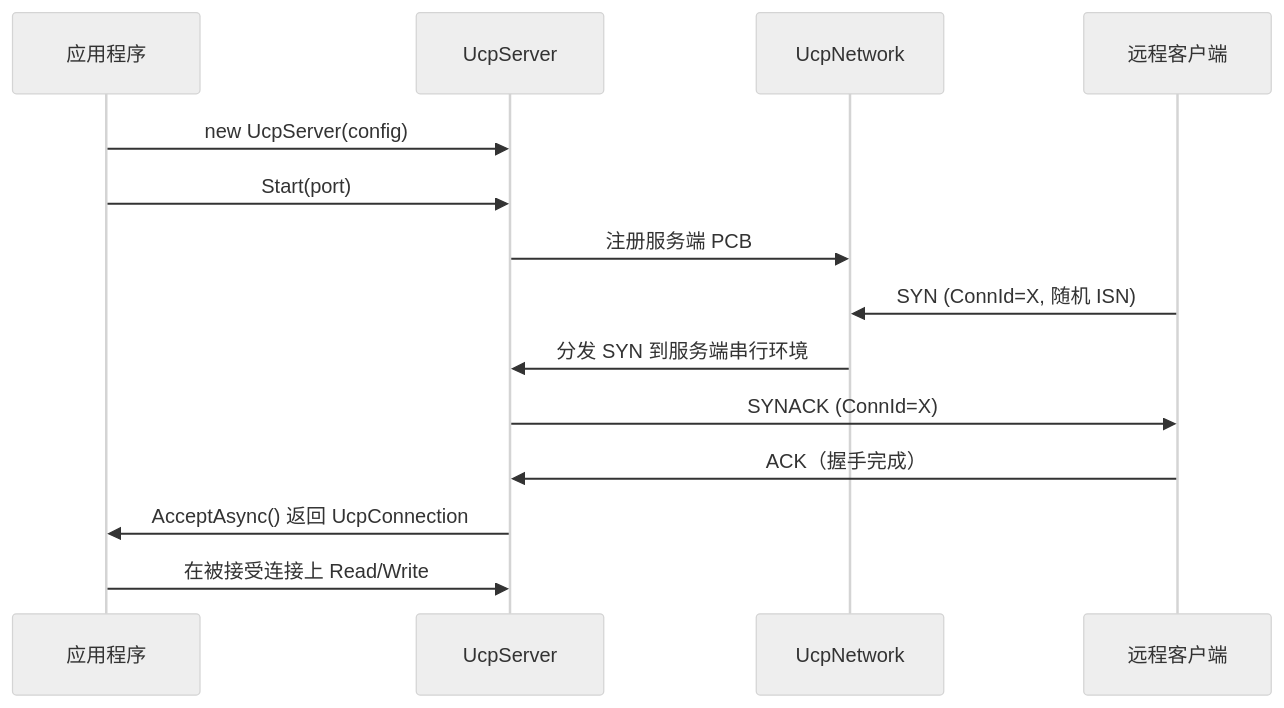
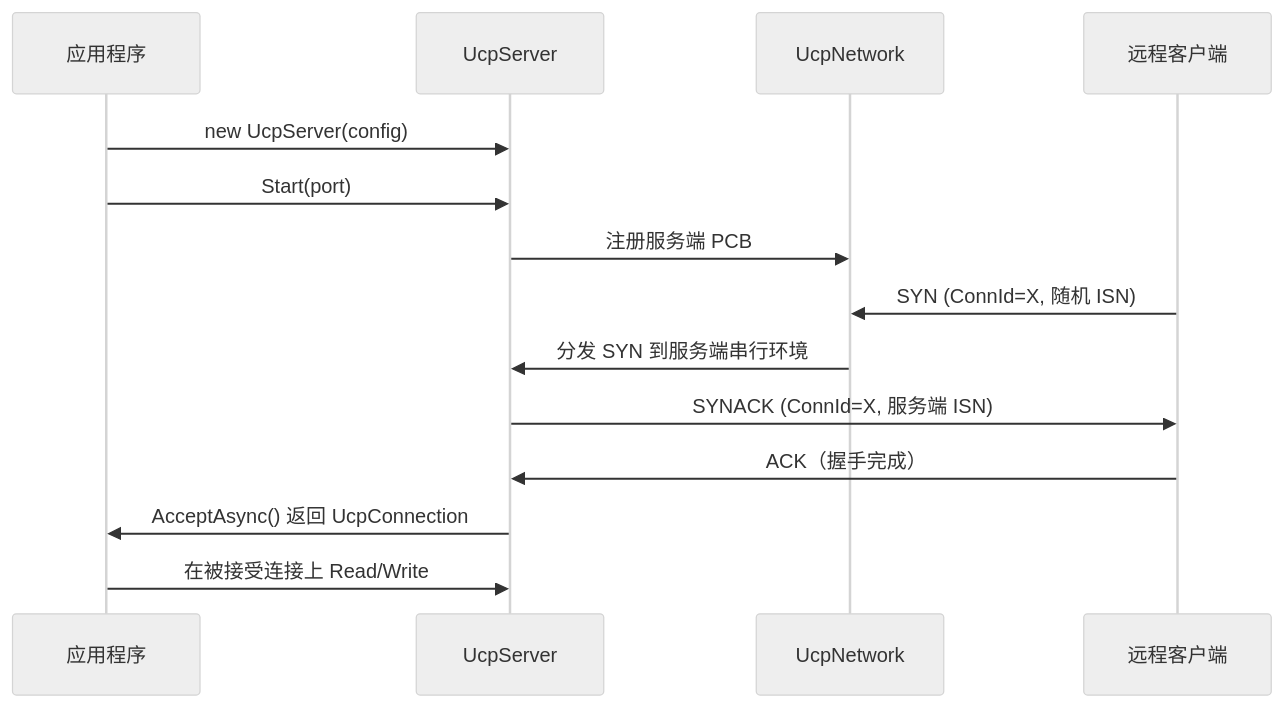
Before and after one commit to liulilittle/ucp: the second of 4 diagrams in docs/api_CN.md, drawn with Mermaid (neutral theme). The commit also changed other lines of this file and 17 other files, not shown here.

````diff
--- a/docs/api_CN.md
+++ b/docs/api_CN.md
@@ -111,17 +123,17 @@
 ```mermaid
 sequenceDiagram
     participant App as 应用程序
     participant Svr as UcpServer
     participant Net as UcpNetwork
     participant Cli as 远程客户端
 
     App->>Svr: new UcpServer(config)
     App->>Svr: Start(port)
     Svr->>Net: 注册服务端 PCB
     Cli->>Net: SYN (ConnId=X, 随机 ISN)
     Net->>Svr: 分发 SYN 到服务端串行环境
-    Svr->>Cli: SYNACK (ConnId=X)
+    Svr->>Cli: SYNACK (ConnId=X, 服务端 ISN)
     Cli->>Svr: ACK（握手完成）
     Svr->>App: AcceptAsync() 返回 UcpConnection
     App->>Svr: 在被接受连接上 Read/Write
 ```
````
